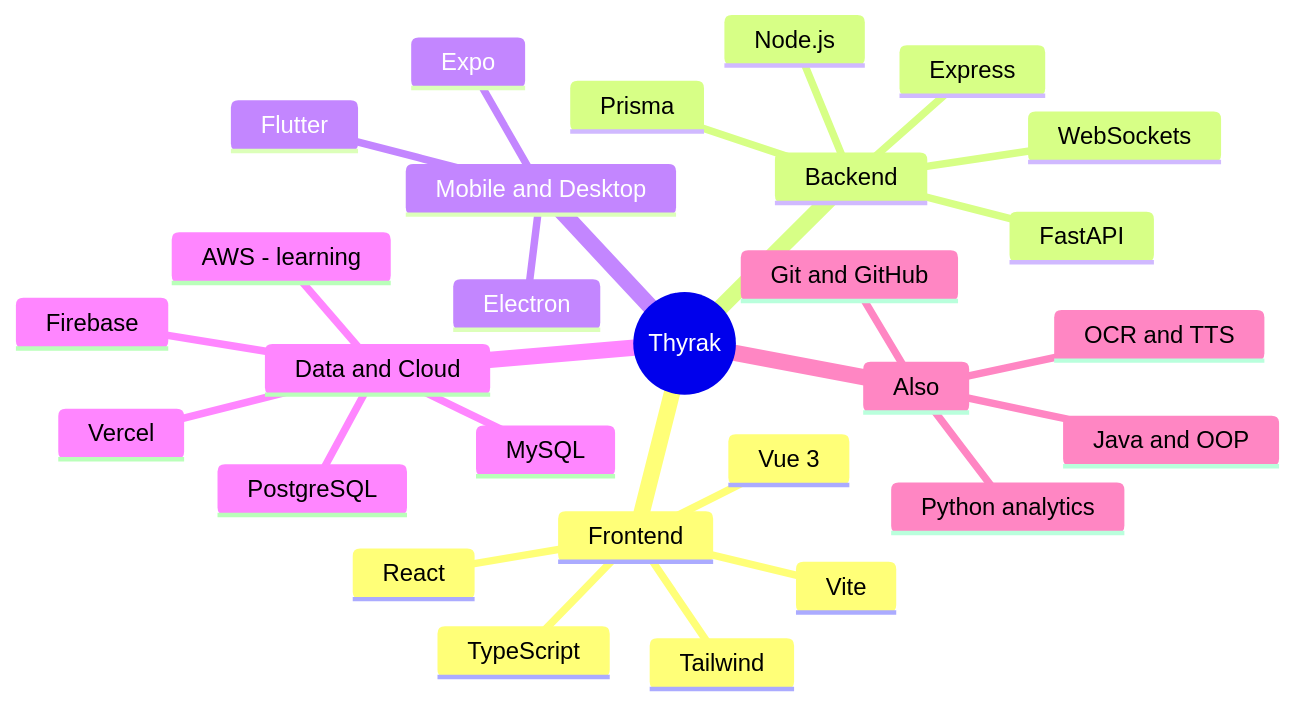
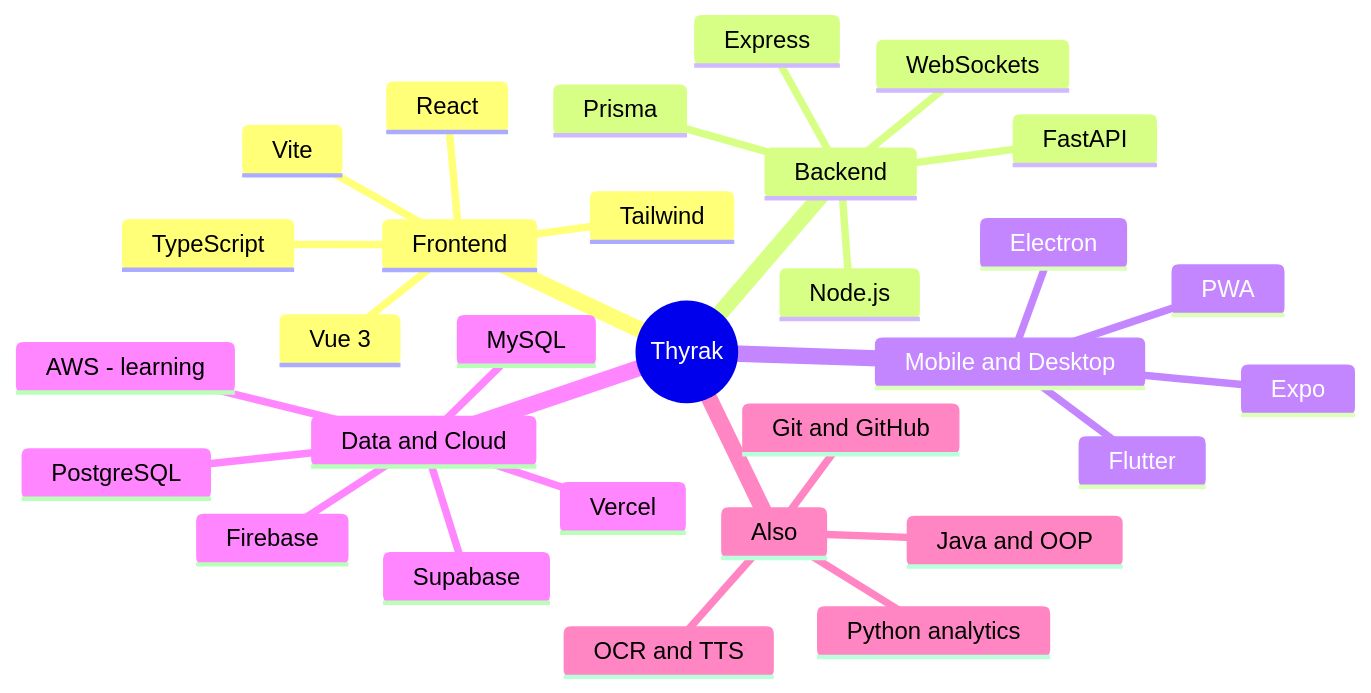
The second of 2 diagrams in README.md (ThyrexGG/ThyrexGG), drawn with Mermaid before and after one commit. The commit also changed other lines of this file and 7 other files, not shown here.

````diff
--- a/README.md
+++ b/README.md
@@ -195,31 +217,33 @@
 ```mermaid
 mindmap
   root((Thyrak))
     Frontend
       React
       Vue 3
       TypeScript
       Tailwind
       Vite
     Backend
       Node.js
       Express
       FastAPI
       Prisma
       WebSockets
     Mobile and Desktop
       Flutter
       Expo
       Electron
+      PWA
     Data and Cloud
       PostgreSQL
+      Supabase
       Firebase
       MySQL
       Vercel
       AWS - learning
     Also
       Java and OOP
       Python analytics
       OCR and TTS
       Git and GitHub
 ```
````
